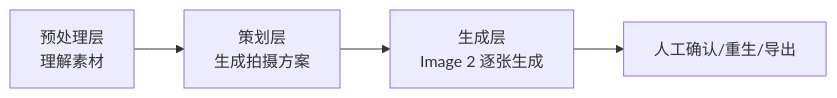
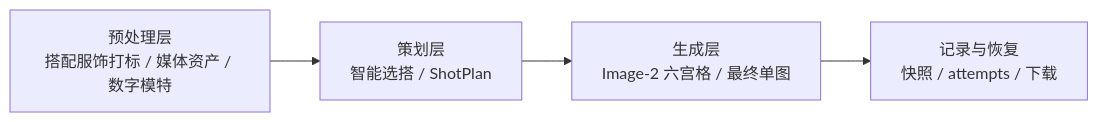
Before and after one commit to happyvchen/ruyi-dream: the diagram in design/01_generation_flow/generation_responsibility_matrix.md, drawn with Mermaid. The commit also changed other lines of this file and 23 other files, not shown here.

````diff
--- a/design/01_generation_flow/generation_responsibility_matrix.md
+++ b/design/01_generation_flow/generation_responsibility_matrix.md
@@ -84,6 +44,6 @@
 ```mermaid
 flowchart LR
-  A["预处理层<br/>理解素材"] --> B["策划层<br/>生成拍摄方案"]
-  B --> C["生成层<br/>Image 2 逐张生成"]
-  C --> D["人工确认/重生/导出"]
+  A["预处理层<br/>搭配服饰打标 / 媒体资产 / 数字模特"] --> B["策划层<br/>智能选搭 / ShotPlan"]
+  B --> C["生成层<br/>Image-2 六宫格 / 最终单图"]
+  C --> D["记录与恢复<br/>快照 / attempts / 下载"]
 ```
````
